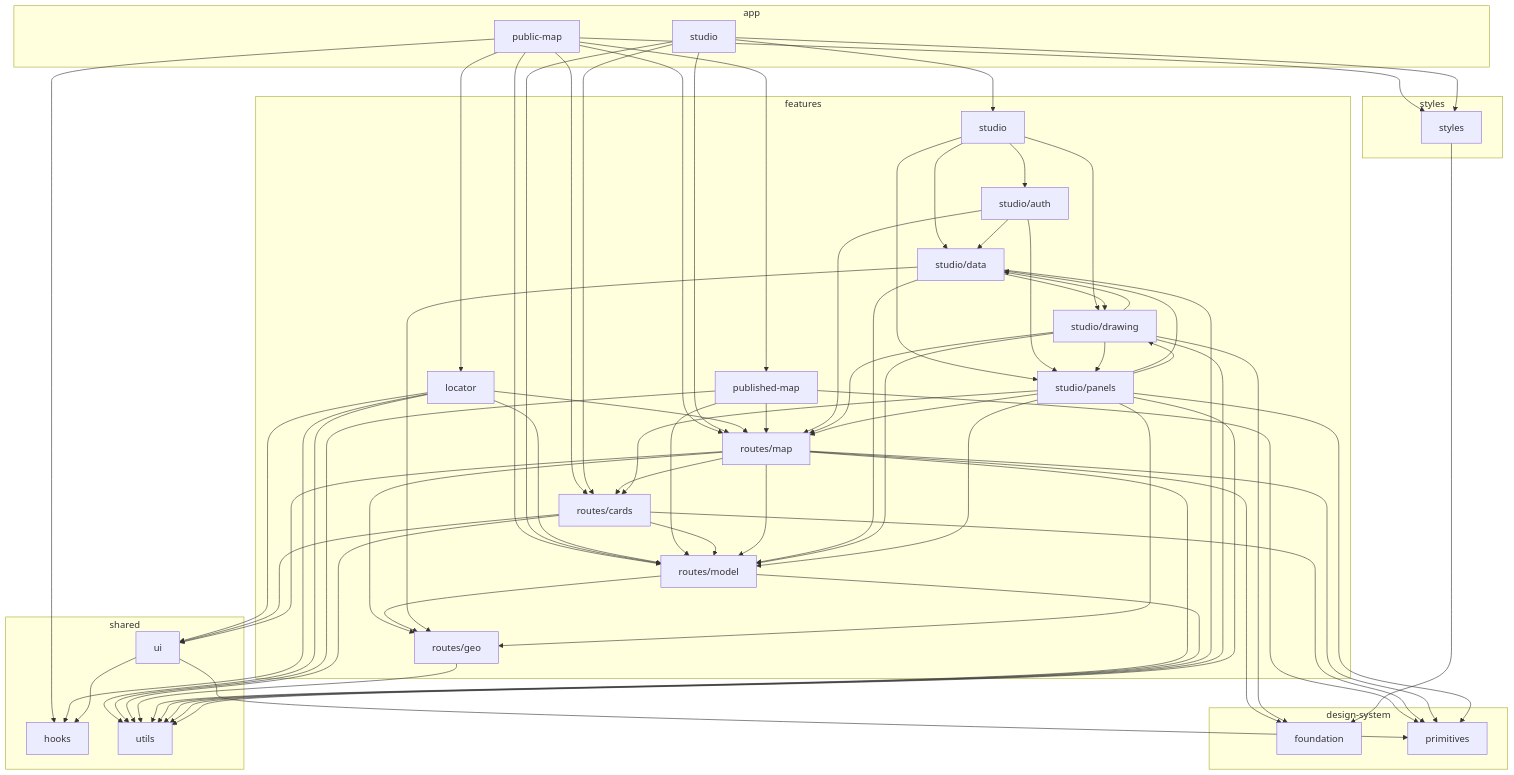
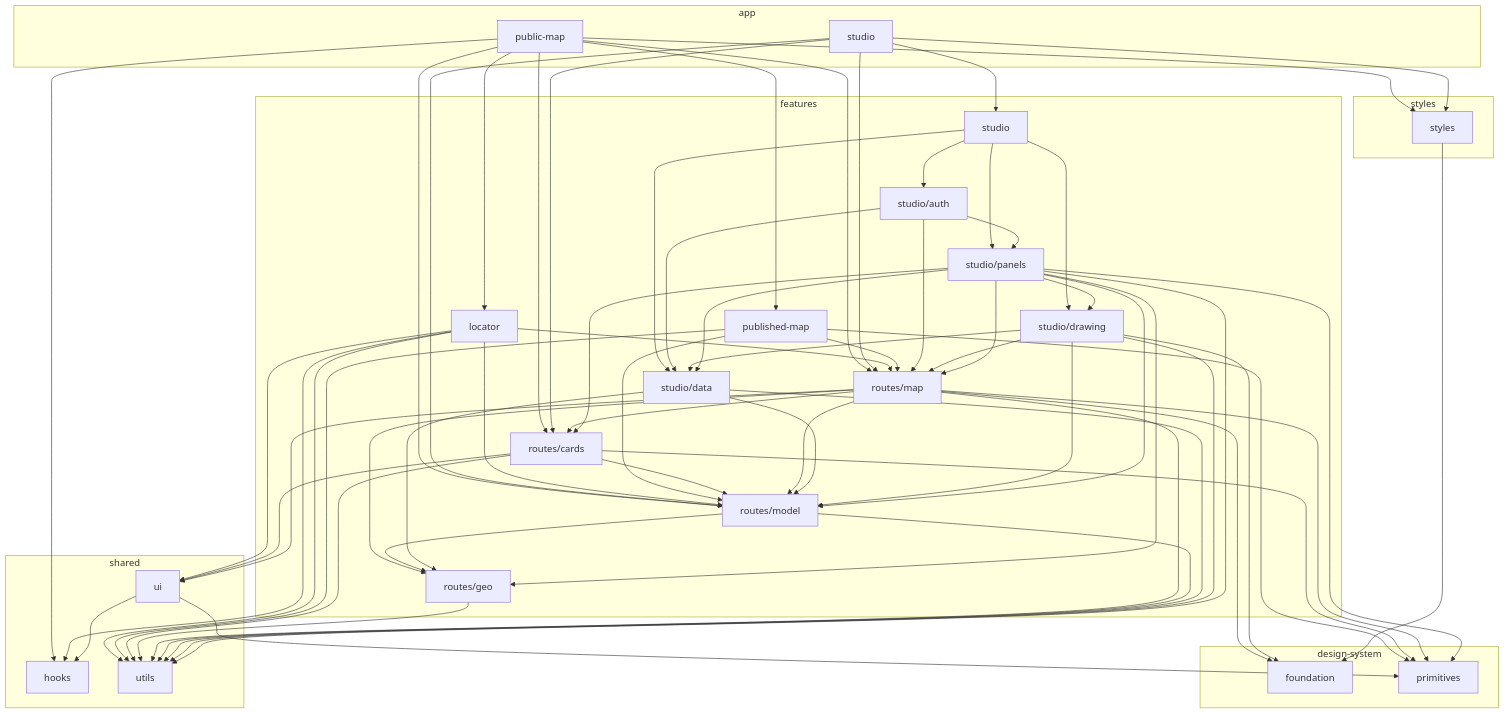
The diagram in docs/architecture.md (ParaOrg/Para), drawn with Mermaid before and after one commit. The commit also changed other lines of this file and 1 other file, not shown here.

First line of the commit message:
Docs: BorrowPart's meaning, and the architecture page after the studio untangle

```diff
--- a/docs/architecture.md
+++ b/docs/architecture.md
@@ -91,13 +91,11 @@
   features_studio_auth --> features_studio_panels
   features_studio_data --> features_routes_geo
   features_studio_data --> features_routes_model
-  features_studio_data --> features_studio_drawing
   features_studio_data --> shared_utils
   features_studio_drawing --> design_system_foundation
   features_studio_drawing --> features_routes_map
   features_studio_drawing --> features_routes_model
   features_studio_drawing --> features_studio_data
-  features_studio_drawing --> features_studio_panels
   features_studio_drawing --> shared_utils
   features_studio_panels --> design_system_primitives
   features_studio_panels --> features_routes_cards
```
